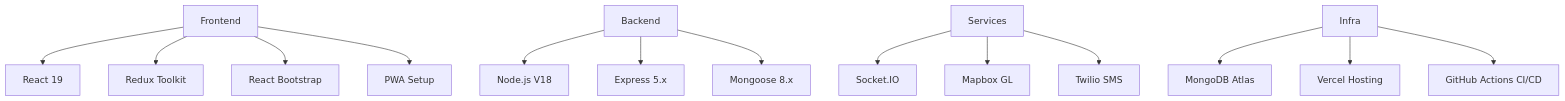
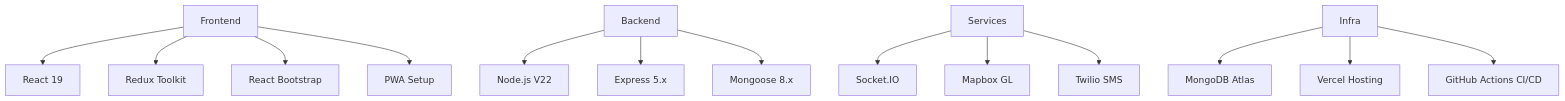
Before and after one commit to SalimElheni1/louage-system: the diagram in docs/TECH_STACK.md, drawn with Mermaid. The commit also changed 5 other files, not shown here.

````diff
--- a/docs/TECH_STACK.md
+++ b/docs/TECH_STACK.md
@@ -1,19 +1,19 @@
 ```mermaid
 graph TD
     A[Frontend] --> B[React 19]
     A --> C[Redux Toolkit]
     A --> D[React Bootstrap]
     A --> E[PWA Setup]
 
-    F[Backend] --> G[Node.js V18]
+    F[Backend] --> G[Node.js V22]
     F --> H[Express 5.x]
     F --> I[Mongoose 8.x]
 
     J[Services] --> K[Socket.IO]
     J --> L[Mapbox GL]
     J --> M[Twilio SMS]
 
     N[Infra] --> O[MongoDB Atlas]
     N --> P[Vercel Hosting]
     N --> Q[GitHub Actions CI/CD]
 ```
````
